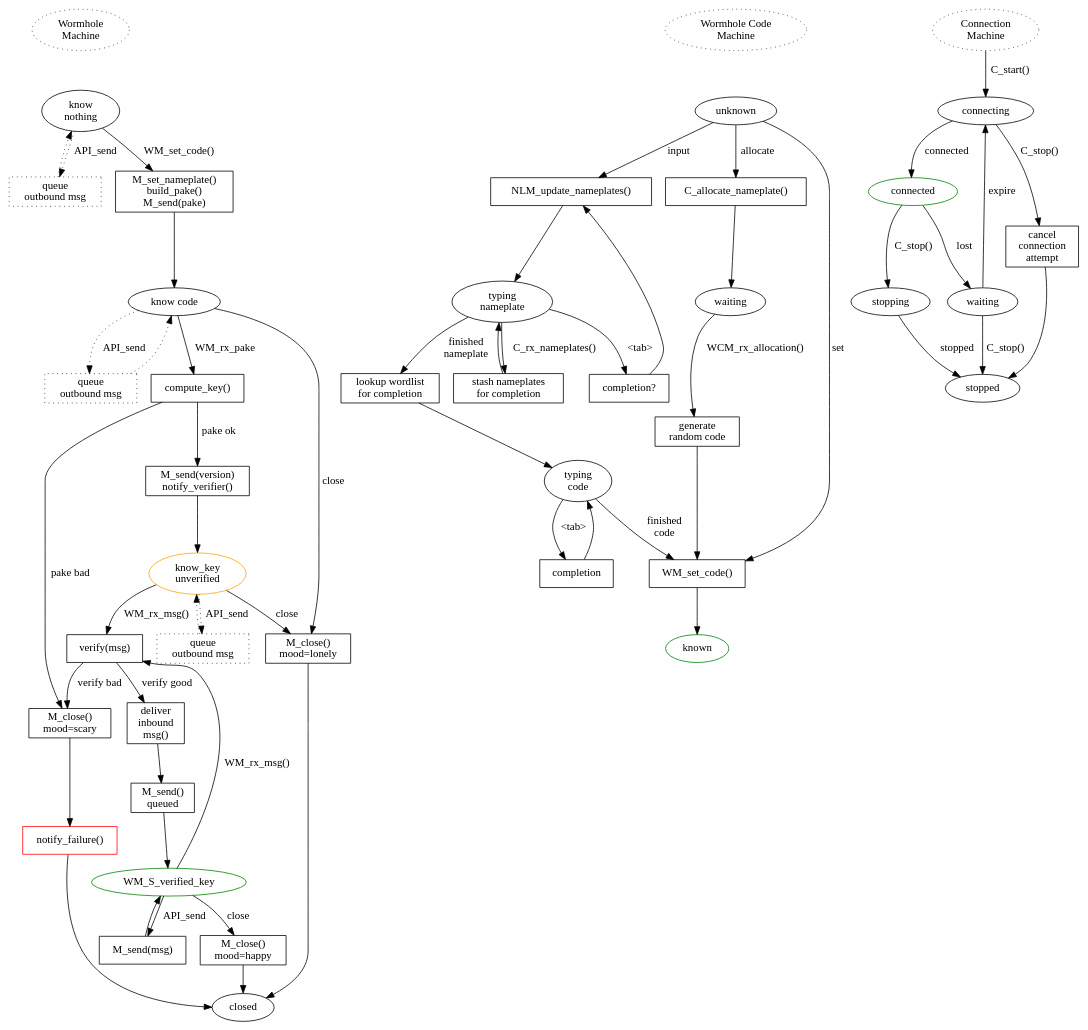
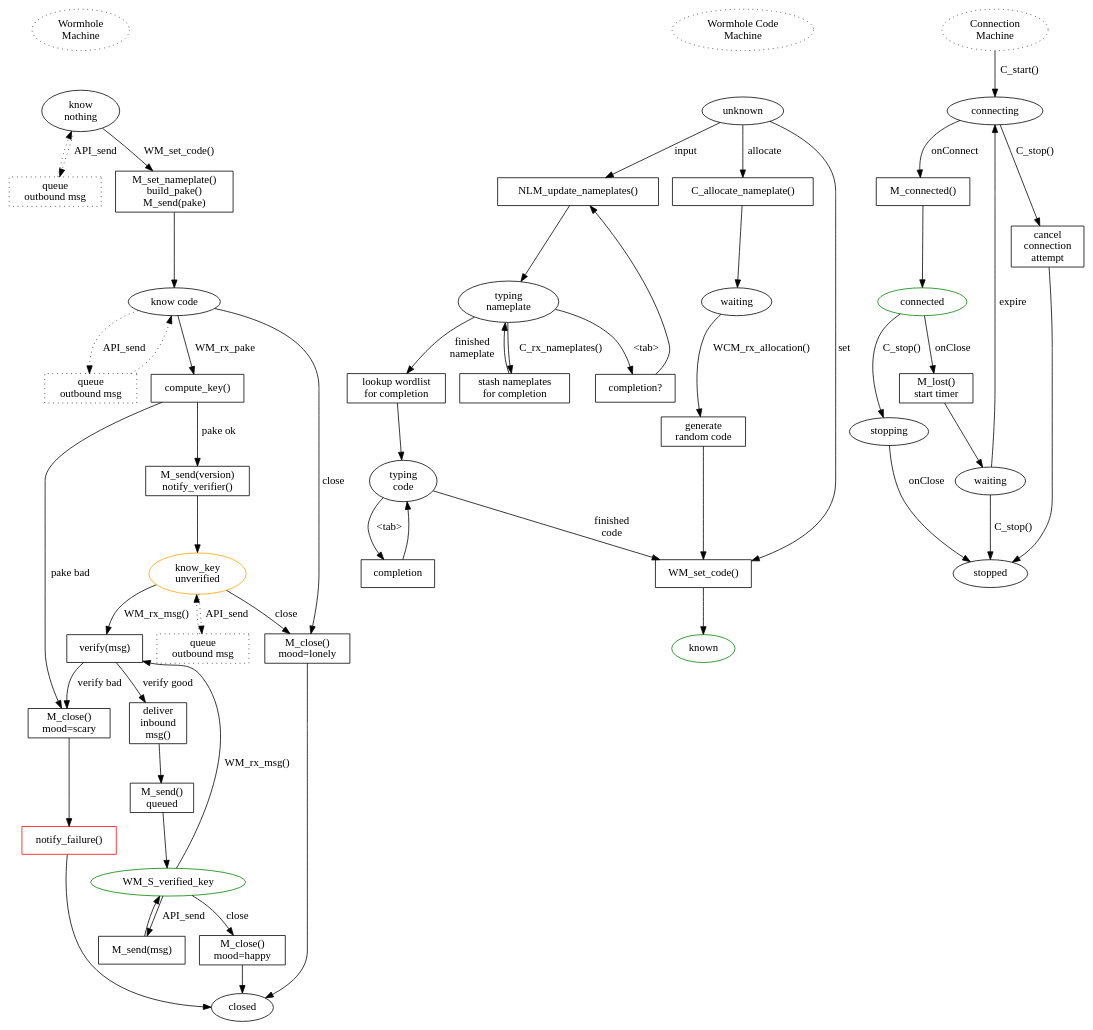
The diagram in docs/w.dot (magic-wormhole/magic-wormhole), drawn with Graphviz before and after one commit. The commit also changed 1 other file, not shown here.

Commit message:
just might work. close() mapped out.
Starting to draw a distinction between clean-close and abrupt-halt. At least,
if we're in the connected state, wormhole.close() should take its time and
free up server-side resources (nameplate/mailbox) right away, rather than
relying on GC/timeouts to release them.

It might be useful to make separate "clean" wormhole.close() and "abrupt"
wormhole.halt() API calls, except that really when would you ever call halt?
To be realistic, only one of two things will happen:

* connection happens normally, app finishes, calls "clean" close()
* app terminates suddenly, via exception or SIGINT

The problem with defining .close() is that I have to make it work sensibly
from any state, not just the one plausible "connected" state. Providing
.halt() requires defining its behavior from everywhere else.

```diff
--- a/docs/w.dot
+++ b/docs/w.dot
@@ -201,18 +201,22 @@
         C_start [label="Connection\nMachine" style="dotted"]
         C_start -> C_S_connecting [label="C_start()"]
         C_S_connecting [label="connecting"]
-        C_S_connecting -> C_S_connected [label="connected"]
+        C_S_connecting -> C_P_connected [label="onConnect"]
+        C_P_connected [shape="box" label="M_connected()"]
+        C_P_connected -> C_S_connected
         C_S_connecting -> C_P_stop_connecting [label="C_stop()"]
         C_P_stop_connecting [shape="box" label="cancel\nconnection\nattempt"]
         C_P_stop_connecting -> C_S_stopped
         C_S_connected [label="connected" color="green"]
-        C_S_connected -> C_S_waiting [label="lost"]
+        C_S_connected -> C_P_lost [label="onClose"]
+        C_P_lost [shape="box" label="M_lost()\nstart timer"]
+        C_P_lost -> C_S_waiting
         C_S_waiting [label="waiting"]
         C_S_waiting -> C_S_connecting [label="expire"]
         C_S_waiting -> C_S_stopped [label="C_stop()"]
         C_S_connected -> C_S_stopping [label="C_stop()"]
         C_S_stopping [label="stopping"]
-        C_S_stopping -> C_S_stopped [label="stopped"]
+        C_S_stopping -> C_S_stopped [label="onClose"]
         C_S_stopped [label="stopped"]
         
 }
```
